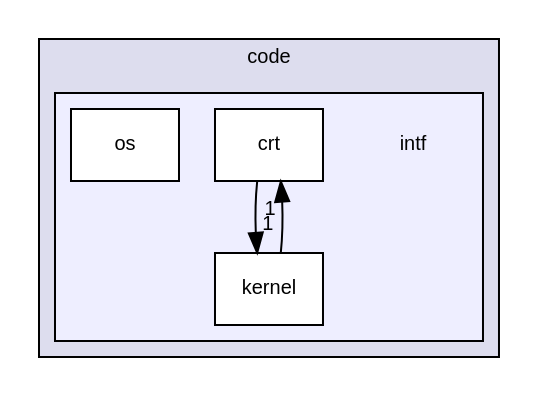
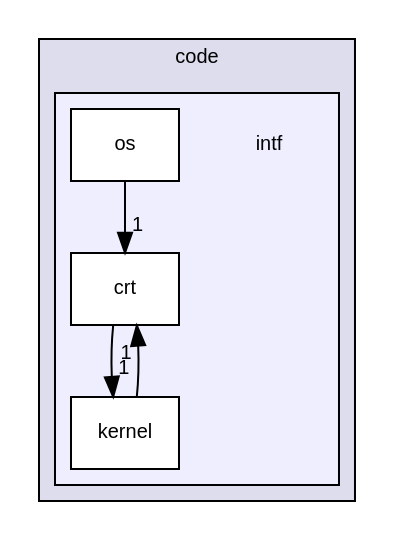
The diagram in docs/dir_7cfd3f5206138927fc05cd40aea58664_dep.dot (jrbuchanan02/garbage-os), drawn with Graphviz before and after one commit. The commit also changed 85 other files, not shown here.

```diff
--- a/docs/dir_7cfd3f5206138927fc05cd40aea58664_dep.dot
+++ b/docs/dir_7cfd3f5206138927fc05cd40aea58664_dep.dot
@@ -1,17 +1,18 @@
 digraph "gos/code/intf" {
   compound=true
   node [ fontsize="10", fontname="Helvetica"];
   edge [ labelfontsize="10", labelfontname="Helvetica"];
   subgraph clusterdir_f4f4a43ee1c99abf85fe514583a18cbf {
     graph [ bgcolor="#ddddee", pencolor="black", label="code" fontname="Helvetica", fontsize="10", URL="dir_f4f4a43ee1c99abf85fe514583a18cbf.html"]
   subgraph clusterdir_7cfd3f5206138927fc05cd40aea58664 {
     graph [ bgcolor="#eeeeff", pencolor="black", label="" URL="dir_7cfd3f5206138927fc05cd40aea58664.html"];
     dir_7cfd3f5206138927fc05cd40aea58664 [shape=plaintext label="intf"];
     dir_582bfaf57991847c1e2cab9bb85e066a [shape=box label="crt" color="black" fillcolor="white" style="filled" URL="dir_582bfaf57991847c1e2cab9bb85e066a.html"];
     dir_0233dff05e1f363759454728986c035f [shape=box label="kernel" color="black" fillcolor="white" style="filled" URL="dir_0233dff05e1f363759454728986c035f.html"];
     dir_2069c17fd613e10df80fa0047dd7b772 [shape=box label="os" color="black" fillcolor="white" style="filled" URL="dir_2069c17fd613e10df80fa0047dd7b772.html"];
   }
   }
   dir_582bfaf57991847c1e2cab9bb85e066a->dir_0233dff05e1f363759454728986c035f [headlabel="1", labeldistance=1.5 headhref="dir_000007_000008.html"];
+  dir_2069c17fd613e10df80fa0047dd7b772->dir_582bfaf57991847c1e2cab9bb85e066a [headlabel="1", labeldistance=1.5 headhref="dir_000009_000007.html"];
   dir_0233dff05e1f363759454728986c035f->dir_582bfaf57991847c1e2cab9bb85e066a [headlabel="1", labeldistance=1.5 headhref="dir_000008_000007.html"];
 }
```
